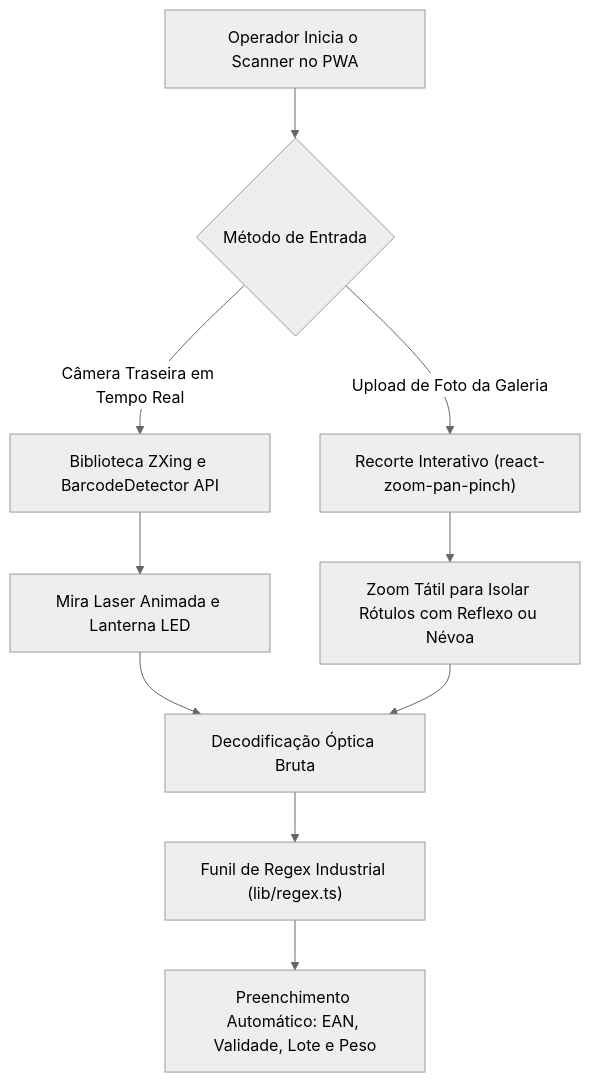
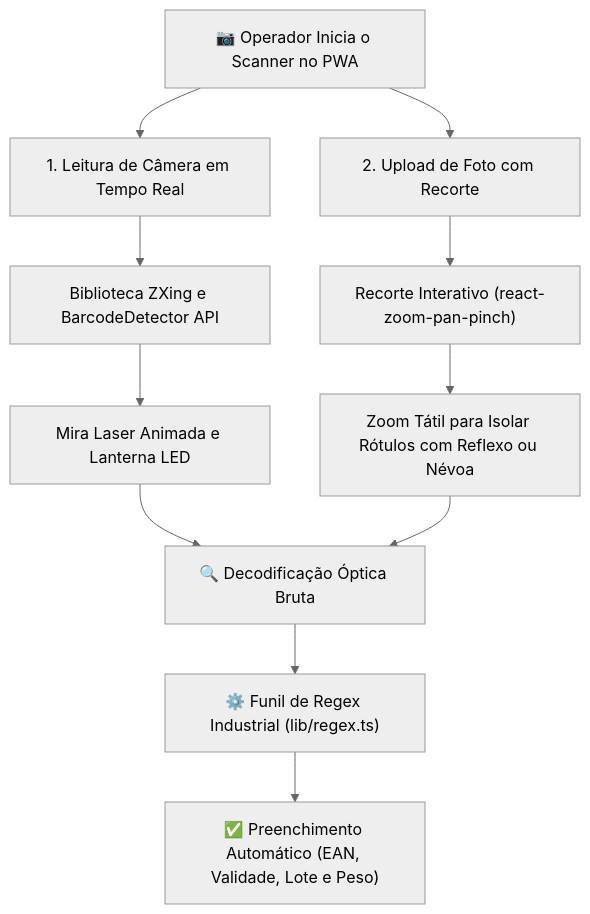
The diagram in docs/pwa-scanner-regex.md (NaejBarbosa/paletscan-etl), drawn with Mermaid (neutral theme) before and after one commit. The commit also changed 9 other files, not shown here.

Commit message:
fix(docs): verticalizar diagramas com ramificacoes a direita e corrigir sintaxe Mermaid em todas as paginas

````diff
--- a/docs/pwa-scanner-regex.md
+++ b/docs/pwa-scanner-regex.md
@@ -9,16 +9,18 @@
 ```mermaid
 flowchart TD
-    A["Operador Inicia o Scanner no PWA"] --> B{"Método de Entrada"}
-    
-    B -->|Câmera Traseira em Tempo Real| C["Biblioteca ZXing e BarcodeDetector API"]
-    B -->|Upload de Foto da Galeria| D["Recorte Interativo (react-zoom-pan-pinch)"]
-    
-    C --> E["Mira Laser Animada e Lanterna LED"]
-    D --> F["Zoom Tátil para Isolar Rótulos com Reflexo ou Névoa"]
-    
-    E --> G["Decodificação Óptica Bruta"]
-    F --> G
-    
-    G --> H["Funil de Regex Industrial (lib/regex.ts)"]
-    H --> I["Preenchimento Automático: EAN, Validade, Lote e Peso"]
+    START["📷 Operador Inicia o Scanner no PWA"]
+
+    START --> CAM["1. Leitura de Câmera em Tempo Real"]
+    CAM --> C1["Biblioteca ZXing e BarcodeDetector API"]
+    C1 --> C2["Mira Laser Animada e Lanterna LED"]
+
+    START --> UPL["2. Upload de Foto com Recorte"]
+    UPL --> U1["Recorte Interativo (react-zoom-pan-pinch)"]
+    U1 --> U2["Zoom Tátil para Isolar Rótulos com Reflexo ou Névoa"]
+
+    C2 --> DEC["🔍 Decodificação Óptica Bruta"]
+    U2 --> DEC
+
+    DEC --> REG["⚙️ Funil de Regex Industrial (lib/regex.ts)"]
+    REG --> AUTO["✅ Preenchimento Automático (EAN, Validade, Lote e Peso)"]
 ```
````
